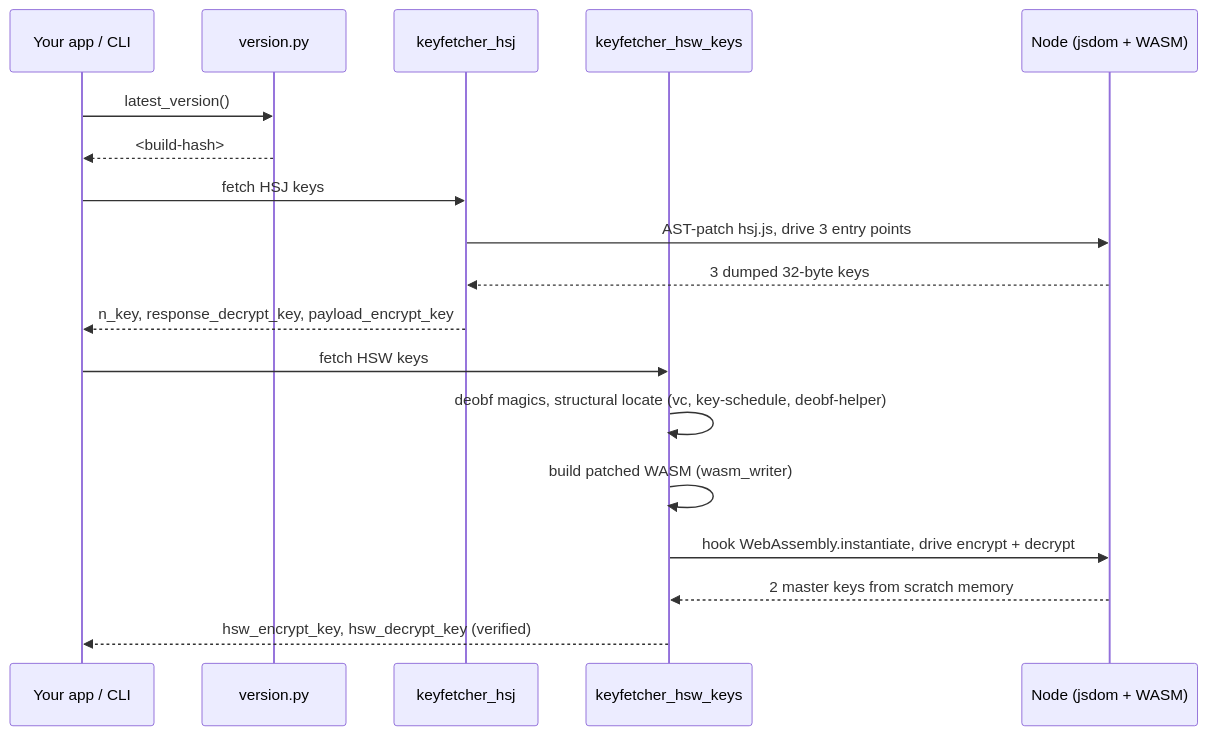
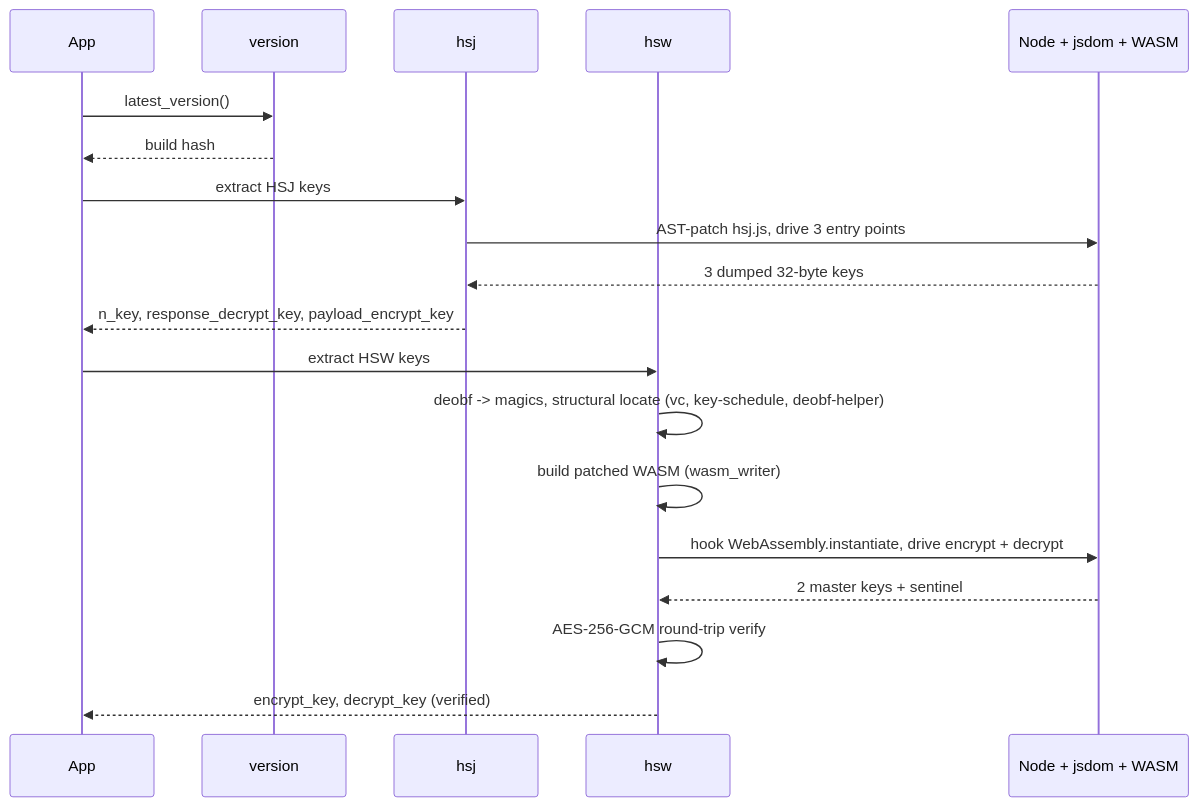
One commit to kumargamingvklive-droid/hcaptcha-hsj-hsw-reversed changed the diagram in README.md. Above: the diagram before and after it, drawn with Mermaid. The commit also changed other lines of this file and 20 other files, not shown here.

````diff
--- a/README.md
+++ b/README.md
@@ -30,21 +125,22 @@
 ```mermaid
 sequenceDiagram
-    participant App as Your app / CLI
-    participant V as version.py
-    participant J as keyfetcher_hsj
-    participant H as keyfetcher_hsw_keys
-    participant N as Node (jsdom + WASM)
+    participant App
+    participant V as version
+    participant J as hsj
+    participant H as hsw
+    participant N as Node + jsdom + WASM
 
     App->>V: latest_version()
-    V-->>App: <build-hash>
-    App->>J: fetch HSJ keys
+    V-->>App: build hash
+    App->>J: extract HSJ keys
     J->>N: AST-patch hsj.js, drive 3 entry points
     N-->>J: 3 dumped 32-byte keys
     J-->>App: n_key, response_decrypt_key, payload_encrypt_key
-    App->>H: fetch HSW keys
-    H->>H: deobf magics, structural locate (vc, key-schedule, deobf-helper)
+    App->>H: extract HSW keys
+    H->>H: deobf -> magics, structural locate (vc, key-schedule, deobf-helper)
     H->>H: build patched WASM (wasm_writer)
     H->>N: hook WebAssembly.instantiate, drive encrypt + decrypt
-    N-->>H: 2 master keys from scratch memory
-    H-->>App: hsw_encrypt_key, hsw_decrypt_key (verified)
+    N-->>H: 2 master keys + sentinel
+    H->>H: AES-256-GCM round-trip verify
+    H-->>App: encrypt_key, decrypt_key (verified)
 ```
````
